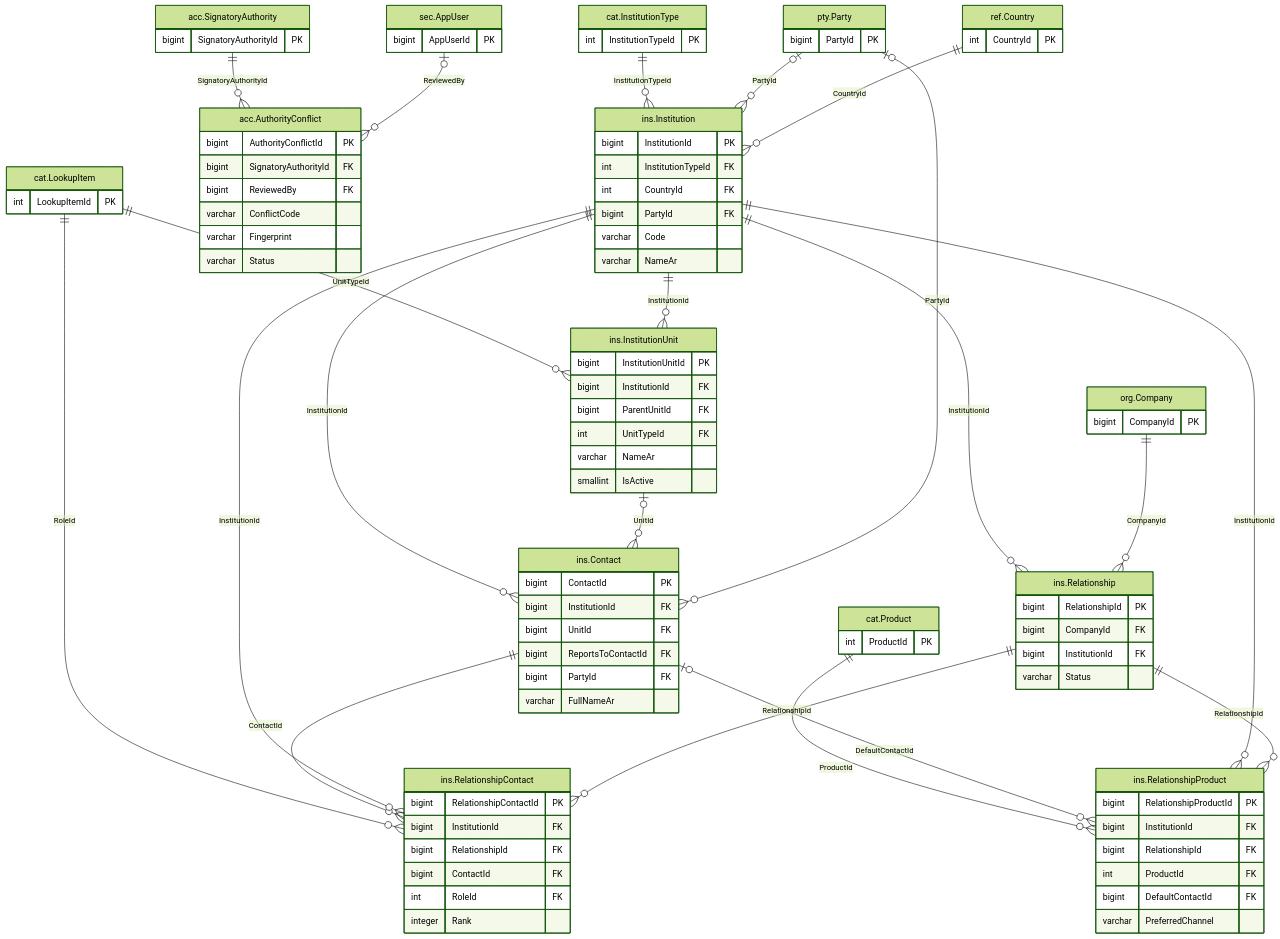
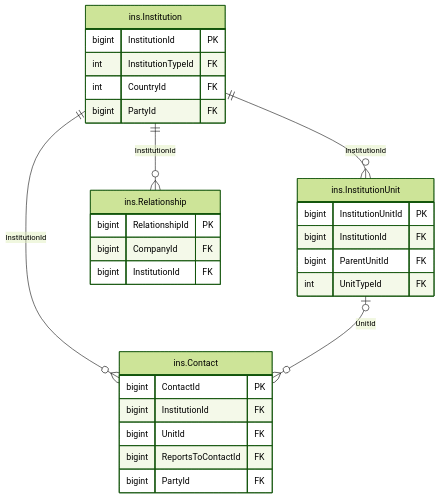
One commit to thawrasy/smartlines changed the diagram in treasury-platform/docs/diagrams/erd/m2_3_institutions_1.mmd. Above: the diagram before and after it, drawn with Mermaid (forest theme). The commit also changed 230 other files, not shown here.

First line of the commit message:
Rework the ERD Word document after design-review findings

```diff
--- a/treasury-platform/docs/diagrams/erd/m2_3_institutions_1.mmd
+++ b/treasury-platform/docs/diagrams/erd/m2_3_institutions_1.mmd
@@ -1,100 +1,30 @@
-%% م2–م3 · الجهات المالية والحسابات والمفوّضون (1/2) — Institutions, bank accounts & signatories
+%% م2–م3 · الجهات المالية والحسابات والمفوّضون (1/3) — Institutions, bank accounts & signatories
 erDiagram
   ins_Contact["ins.Contact"] {
     bigint ContactId PK
     bigint InstitutionId FK
     bigint UnitId FK
     bigint ReportsToContactId FK
     bigint PartyId FK
-    varchar FullNameAr
   }
   ins_Institution["ins.Institution"] {
     bigint InstitutionId PK
     int InstitutionTypeId FK
     int CountryId FK
     bigint PartyId FK
-    varchar Code
-    varchar NameAr
   }
   ins_InstitutionUnit["ins.InstitutionUnit"] {
     bigint InstitutionUnitId PK
     bigint InstitutionId FK
     bigint ParentUnitId FK
     int UnitTypeId FK
-    varchar NameAr
-    smallint IsActive
   }
   ins_Relationship["ins.Relationship"] {
     bigint RelationshipId PK
     bigint CompanyId FK
     bigint InstitutionId FK
-    varchar Status
   }
-  ins_RelationshipContact["ins.RelationshipContact"] {
-    bigint RelationshipContactId PK
-    bigint InstitutionId FK
-    bigint RelationshipId FK
-    bigint ContactId FK
-    int RoleId FK
-    integer Rank
-  }
-  ins_RelationshipProduct["ins.RelationshipProduct"] {
-    bigint RelationshipProductId PK
-    bigint InstitutionId FK
-    bigint RelationshipId FK
-    int ProductId FK
-    bigint DefaultContactId FK
-    varchar PreferredChannel
-  }
-  acc_AuthorityConflict["acc.AuthorityConflict"] {
-    bigint AuthorityConflictId PK
-    bigint SignatoryAuthorityId FK
-    bigint ReviewedBy FK
-    varchar ConflictCode
-    varchar Fingerprint
-    varchar Status
-  }
-  acc_SignatoryAuthority["acc.SignatoryAuthority"] {
-    bigint SignatoryAuthorityId PK
-  }
-  cat_InstitutionType["cat.InstitutionType"] {
-    int InstitutionTypeId PK
-  }
-  cat_LookupItem["cat.LookupItem"] {
-    int LookupItemId PK
-  }
-  cat_Product["cat.Product"] {
-    int ProductId PK
-  }
-  org_Company["org.Company"] {
-    bigint CompanyId PK
-  }
-  pty_Party["pty.Party"] {
-    bigint PartyId PK
-  }
-  ref_Country["ref.Country"] {
-    int CountryId PK
-  }
-  sec_AppUser["sec.AppUser"] {
-    bigint AppUserId PK
-  }
-  acc_SignatoryAuthority ||--o{ acc_AuthorityConflict : "SignatoryAuthorityId"
-  cat_InstitutionType ||--o{ ins_Institution : "InstitutionTypeId"
-  cat_LookupItem ||--o{ ins_InstitutionUnit : "UnitTypeId"
-  cat_LookupItem ||--o{ ins_RelationshipContact : "RoleId"
-  cat_Product ||--o{ ins_RelationshipProduct : "ProductId"
-  ins_Contact ||--o{ ins_RelationshipContact : "ContactId"
-  ins_Contact |o--o{ ins_RelationshipProduct : "DefaultContactId"
   ins_Institution ||--o{ ins_Contact : "InstitutionId"
   ins_Institution ||--o{ ins_InstitutionUnit : "InstitutionId"
   ins_Institution ||--o{ ins_Relationship : "InstitutionId"
-  ins_Institution ||--o{ ins_RelationshipContact : "InstitutionId"
-  ins_Institution ||--o{ ins_RelationshipProduct : "InstitutionId"
   ins_InstitutionUnit |o--o{ ins_Contact : "UnitId"
-  ins_Relationship ||--o{ ins_RelationshipContact : "RelationshipId"
-  ins_Relationship ||--o{ ins_RelationshipProduct : "RelationshipId"
-  org_Company ||--o{ ins_Relationship : "CompanyId"
-  pty_Party |o--o{ ins_Contact : "PartyId"
-  pty_Party |o--o{ ins_Institution : "PartyId"
-  ref_Country ||--o{ ins_Institution : "CountryId"
-  sec_AppUser |o--o{ acc_AuthorityConflict : "ReviewedBy"
```
